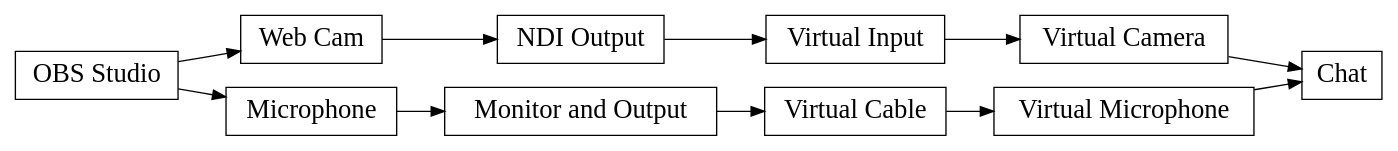
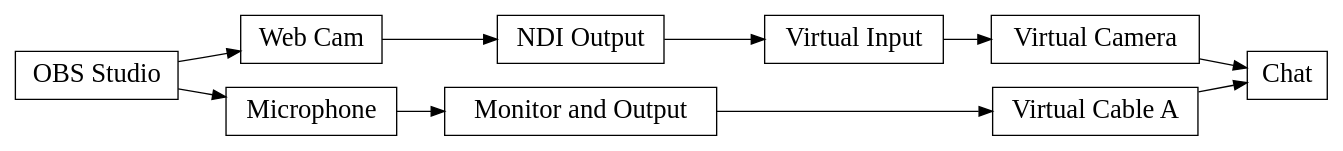
Before and after one commit to NapoleonWils0n/cerberus: the fourth of 8 diagrams in obs-studio/obs-diagram.org, drawn with Graphviz. The commit also changed other lines of this file, not shown here.

Commit message:
obs audio diagram

```diff
--- a/obs-studio/obs-diagram.org
+++ b/obs-studio/obs-diagram.org
@@ -62,31 +89,30 @@
 #+BEGIN_SRC dot :file ndi-camera-virtual-audio.png :cmdline -Kdot -Tpng
 digraph {
 // graph from left to right
 rankdir=LR;
 splines=true;
 node [shape=box fontname="Sans serif" fontsize="20"];
 edge [style=solid];
 
 // nodes
 obs [label="OBS Studio"]
 camera [label="Web Cam"]
 mic [label="Microphone"]
 	
 monitor [label="Monitor and Output"]
-virtualcable [label="Virtual Cable"]
+virtualcable [label="Virtual Cable A"]
 	     
 ndi [label="NDI Output"]
 virtualinput [label="Virtual Input"]
 virtualcamera [label="Virtual Camera"]
-virtualmic [label="Virtual Microphone"]
 
 chat [label="Chat"]
 
 // graph
 obs -> {camera mic};
 mic -> monitor -> virtualcable;
 camera -> ndi -> virtualinput;
 virtualinput -> virtualcamera -> chat
-virtualcable -> virtualmic -> chat
+virtualcable -> chat
 }
 #+END_SRC
```
